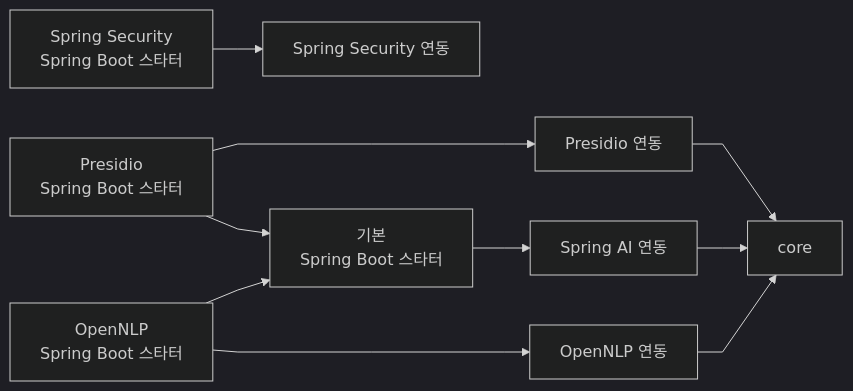
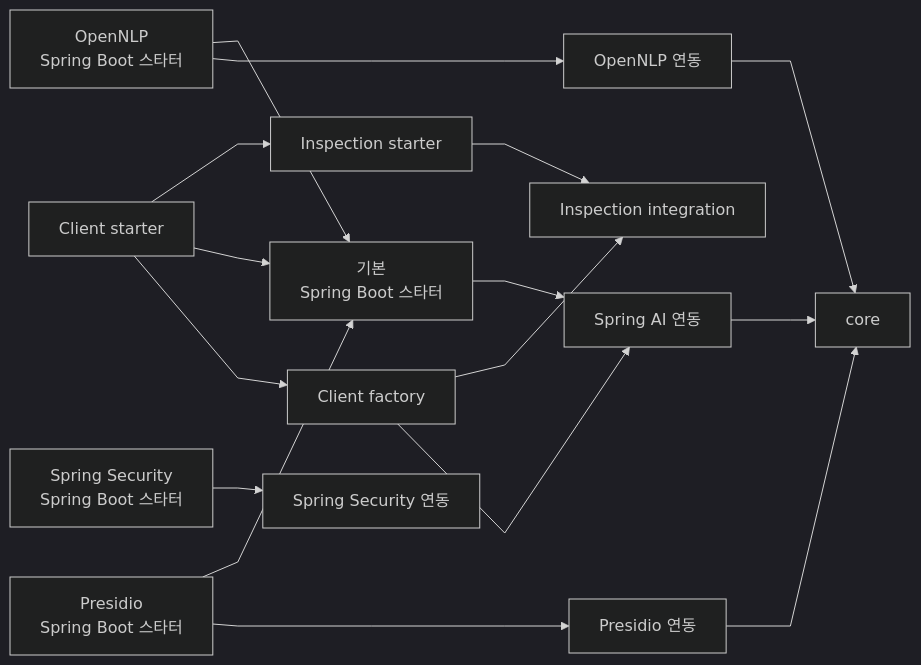
The second of 4 diagrams in docs/ko/architecture.md (ultramancode/spring-ai-privacy-guardrails), drawn with Mermaid (dark theme) before and after one commit. The commit also changed other lines of this file and 124 other files, not shown here.

````diff
--- a/docs/ko/architecture.md
+++ b/docs/ko/architecture.md
@@ -48,18 +52,24 @@
 ```mermaid
 %%{init: {"flowchart": {"curve": "linear"}}}%%
 flowchart LR
     CORE["core"]
+    CLIENT["Client factory"] --> SAI
+    CLIENT --> INSPECT["Inspection integration"]
+    CLIENTBOOT["Client starter"] --> CLIENT
+    CLIENTBOOT --> BASE
+    CLIENTBOOT --> INSPECTBOOT["Inspection starter"]
+    INSPECTBOOT --> INSPECT
 
     PRES["Presidio 연동"] --> CORE
     SAI["Spring AI 연동"] --> CORE
     OPEN["OpenNLP 연동"] --> CORE
     SEC["Spring Security 연동"]
 
     PRESBOOT["Presidio<br/>Spring Boot 스타터"] --> PRES
     BASE["기본<br/>Spring Boot 스타터"] --> SAI
     OPENBOOT["OpenNLP<br/>Spring Boot 스타터"] --> OPEN
     SECBOOT["Spring Security<br/>Spring Boot 스타터"] --> SEC
 
     PRESBOOT --> BASE
     OPENBOOT --> BASE
 ```
````
